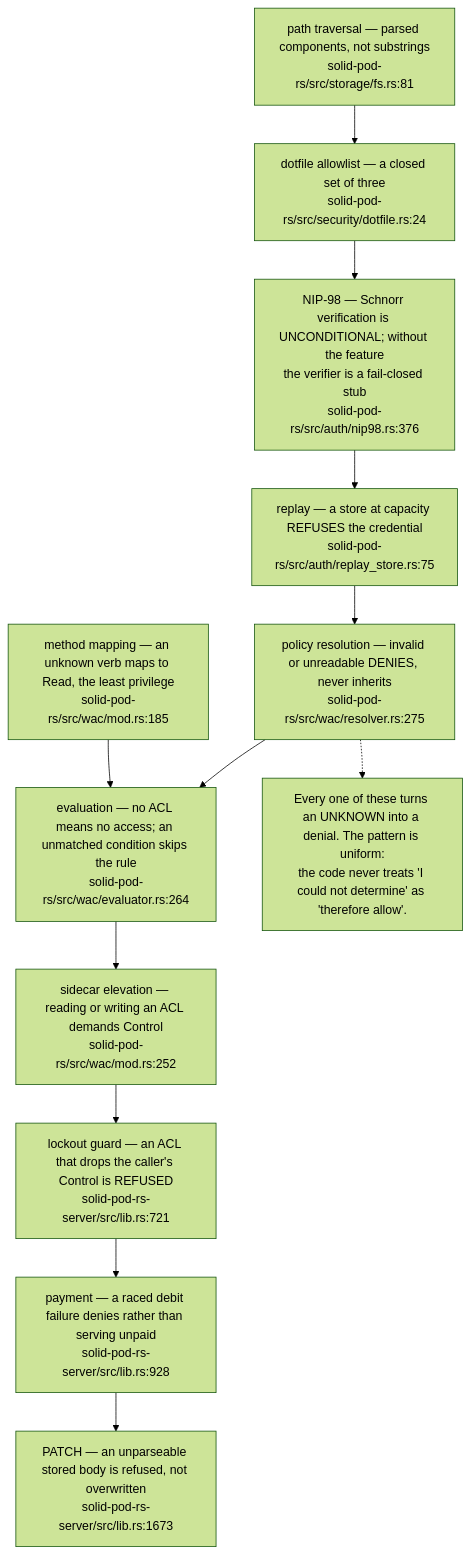
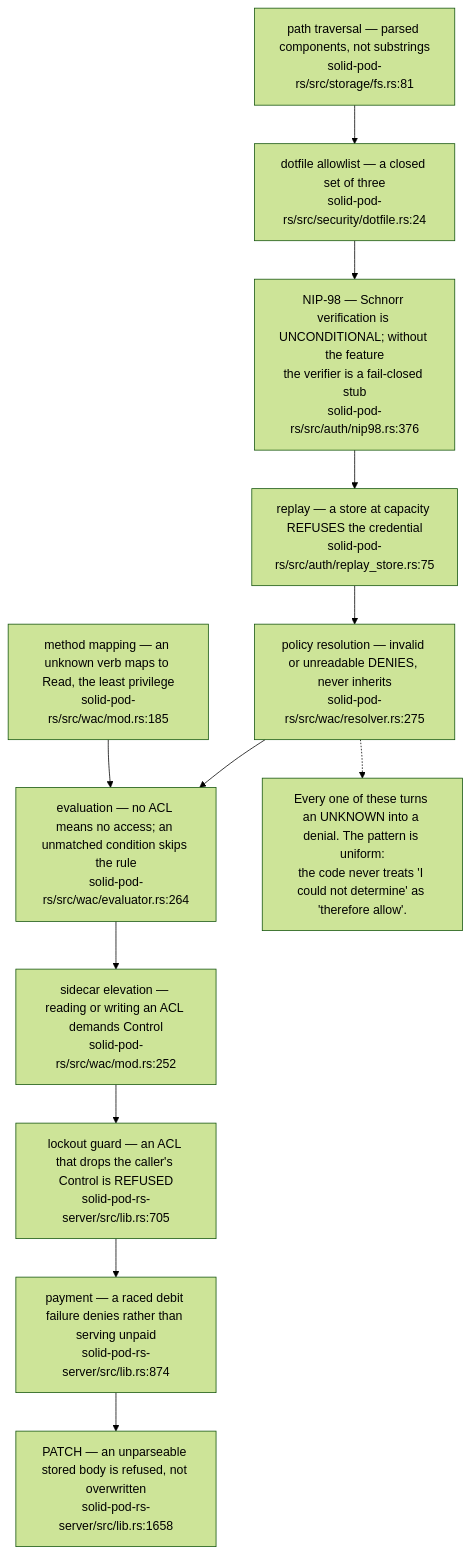
Before and after one commit to DreamLab-AI/VisionFlow: the second of 12 diagrams in docs/diagrams/solid-pod-rs/10-failure-modes-and-invariants.md, drawn with Mermaid (forest theme). The commit also changed other lines of this file and 111 other files, not shown here.

Commit message:
docs(diagrams): align estate maps with current source

````diff
--- a/docs/diagrams/solid-pod-rs/10-failure-modes-and-invariants.md
+++ b/docs/diagrams/solid-pod-rs/10-failure-modes-and-invariants.md
@@ -70,20 +70,20 @@
 ```mermaid
 flowchart TD
     A["path traversal — parsed components, not substrings<br/>solid-pod-rs/src/storage/fs.rs:81"]
     B["dotfile allowlist — a closed set of three<br/>solid-pod-rs/src/security/dotfile.rs:24"]
     C["NIP-98 — Schnorr verification is UNCONDITIONAL; without the feature<br/>the verifier is a fail-closed stub<br/>solid-pod-rs/src/auth/nip98.rs:376"]
     D["replay — a store at capacity REFUSES the credential<br/>solid-pod-rs/src/auth/replay_store.rs:75"]
     E["policy resolution — invalid or unreadable DENIES, never inherits<br/>solid-pod-rs/src/wac/resolver.rs:275"]
     F["evaluation — no ACL means no access; an unmatched condition skips the rule<br/>solid-pod-rs/src/wac/evaluator.rs:264"]
     G["sidecar elevation — reading or writing an ACL demands Control<br/>solid-pod-rs/src/wac/mod.rs:252"]
-    H["lockout guard — an ACL that drops the caller's Control is REFUSED<br/>solid-pod-rs-server/src/lib.rs:721"]
-    I["payment — a raced debit failure denies rather than serving unpaid<br/>solid-pod-rs-server/src/lib.rs:928"]
-    J["PATCH — an unparseable stored body is refused, not overwritten<br/>solid-pod-rs-server/src/lib.rs:1673"]
+    H["lockout guard — an ACL that drops the caller's Control is REFUSED<br/>solid-pod-rs-server/src/lib.rs:705"]
+    I["payment — a raced debit failure denies rather than serving unpaid<br/>solid-pod-rs-server/src/lib.rs:874"]
+    J["PATCH — an unparseable stored body is refused, not overwritten<br/>solid-pod-rs-server/src/lib.rs:1658"]
     K["method mapping — an unknown verb maps to Read, the least privilege<br/>solid-pod-rs/src/wac/mod.rs:185"]
 
     A --> B --> C --> D --> E --> F --> G --> H --> I --> J
     K --> F
 
     N["Every one of these turns an UNKNOWN into a denial. The pattern is uniform:<br/>the code never treats 'I could not determine' as 'therefore allow'."]
     E -.-> N
 ```
````
